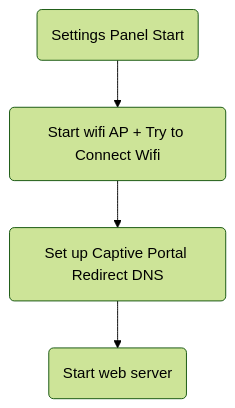
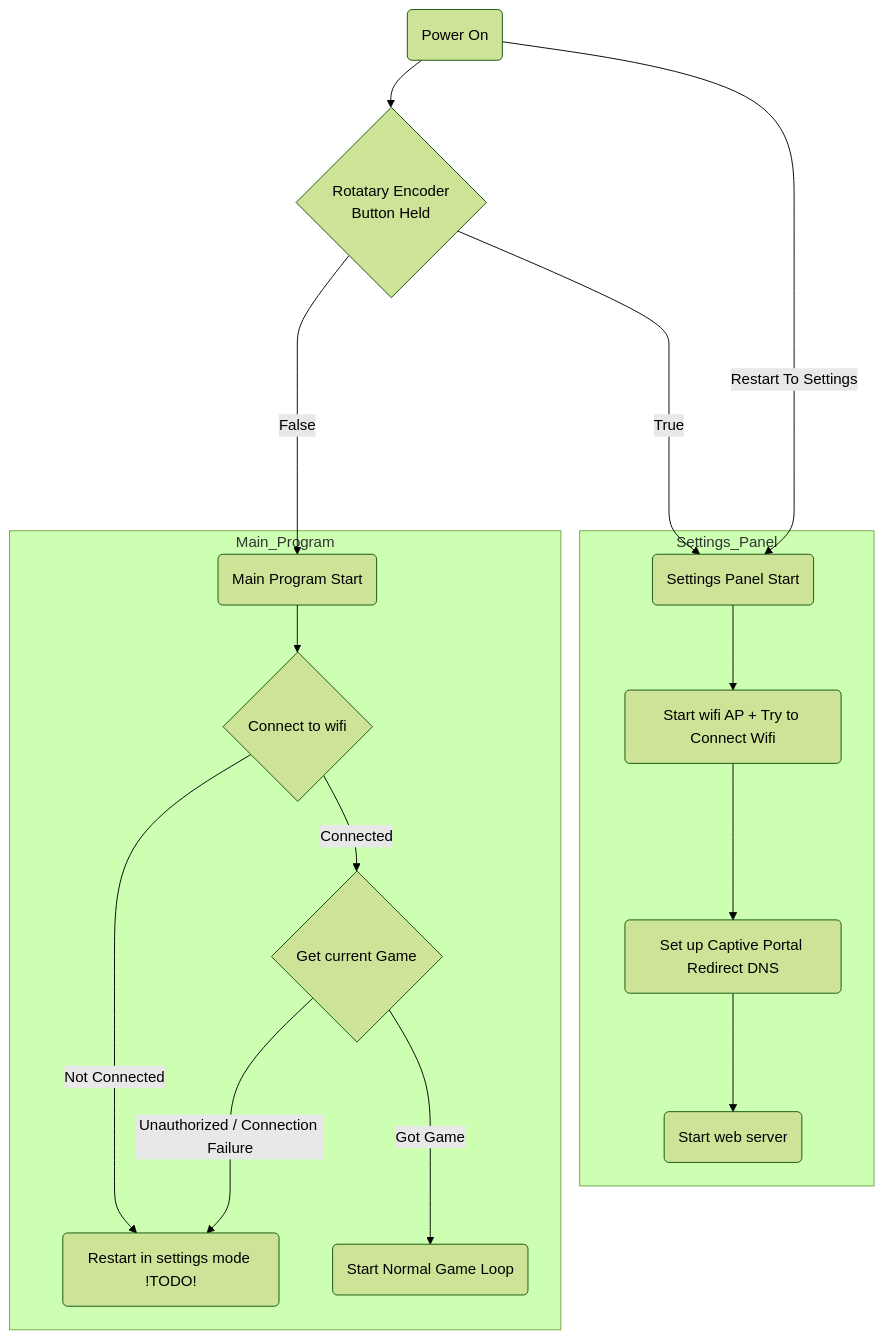
One commit to cadeo111/go-board-mono changed the first of 2 diagrams in firmware/go_board_firmware_std/README.md. Above: the diagram before and after it, drawn with Mermaid (forest theme). The commit also changed other lines of this file and 3 other files, not shown here.

Commit message:
added flow diagrams

````diff
--- a/firmware/go_board_firmware_std/README.md
+++ b/firmware/go_board_firmware_std/README.md
@@ -13,8 +4,29 @@
 ```mermaid
-flowchart TD;
-    A(Settings Panel Start)
-    B(Start wifi AP + Try to Connect Wifi)
-    C(Set up Captive Portal Redirect DNS)
-    D(Start web server)
-    A--> B --> C --> D
+flowchart TD
+    PON(Power On) --> REB{Rotatary Encoder\n Button Held};
+    REB ----->|True| SP;
+    REB ----->|False| A
+    PON --->|Restart To Settings| SP;
+subgraph Settings_Panel;
+SP(Settings Panel Start) --> 
+        SWI(Start wifi AP + Try to Connect Wifi) -->
+CP(Set up Captive Portal Redirect DNS) -->
+SWS(Start web server);
+end
+
+
+subgraph Main_Program;
+
+A(Main Program Start) --> R{Connect to wifi}
+R -->|Connected|CG{Get current Game}
+RESTART(Restart in settings mode !TODO!)
+R -->|Not Connected|RESTART
+CG --->|Got Game|GG
+CG --->|Unauthorized / Connection Failure|RESTART
+end
+
+
+GG(Start Normal Game Loop)
+
+
 ```
````
